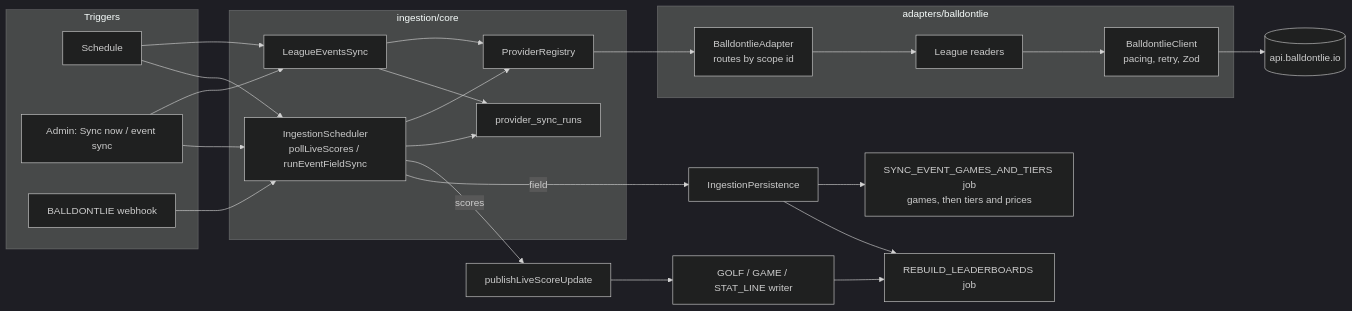
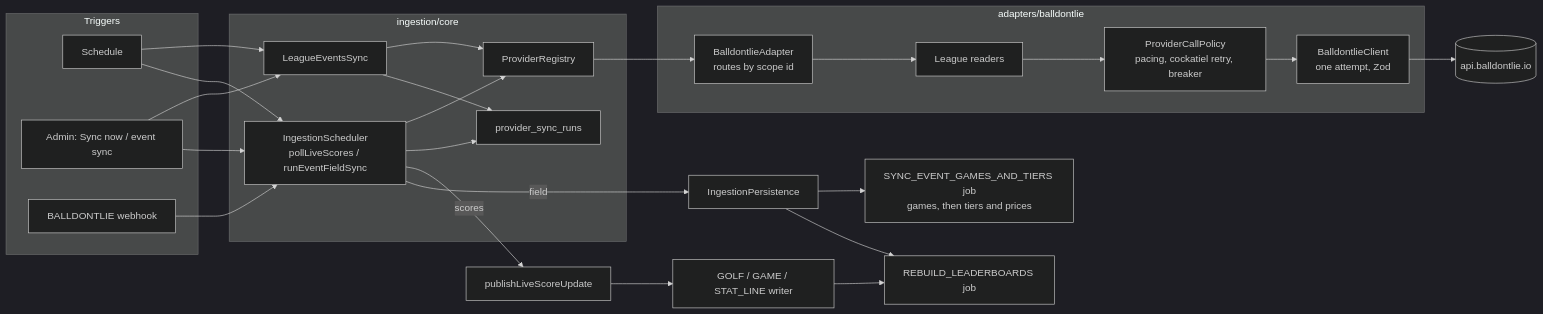
One commit to derek-dorazio/pool-master changed the first of 2 diagrams in docs/LIVE-SPORTS-DATA-SYNC.md. Above: the diagram before and after it, drawn with Mermaid (dark theme). The commit also changed other lines of this file and 24 other files, not shown here.

First line of the commit message:
League model 1c: provider call policy (pacing, cockatiel retry and breaker) and RATE_LIMITED re-queue (#2057)

````diff
--- a/docs/LIVE-SPORTS-DATA-SYNC.md
+++ b/docs/LIVE-SPORTS-DATA-SYNC.md
@@ -29,26 +29,27 @@
 ```mermaid
 flowchart LR
   subgraph Triggers
     T1[Schedule]
     T2[Admin: Sync now / event sync]
     T3[BALLDONTLIE webhook]
   end
   subgraph Core["ingestion/core"]
     S[IngestionScheduler<br/>pollLiveScores / runEventFieldSync]
     E[LeagueEventsSync]
     R[ProviderRegistry]
     L[provider_sync_runs]
   end
   subgraph Adapter["adapters/balldontlie"]
     A[BalldontlieAdapter<br/>routes by scope id]
     RD[League readers]
-    C[BalldontlieClient<br/>pacing, retry, Zod]
+    C[BalldontlieClient<br/>one attempt, Zod]
+    CP[ProviderCallPolicy<br/>pacing, cockatiel retry, breaker]
   end
   T1 & T2 --> E
   T1 & T2 & T3 --> S
-  E & S --> R --> A --> RD --> C --> V[(api.balldontlie.io)]
+  E & S --> R --> A --> RD --> CP --> C --> V[(api.balldontlie.io)]
   E & S --> L
   S -- scores --> P[publishLiveScoreUpdate] --> W[GOLF / GAME / STAT_LINE writer]
   S -- field --> IP[IngestionPersistence] --> GT[SYNC_EVENT_GAMES_AND_TIERS job<br/>games, then tiers and prices]
   W & IP --> J[REBUILD_LEADERBOARDS job]
 ```
````
